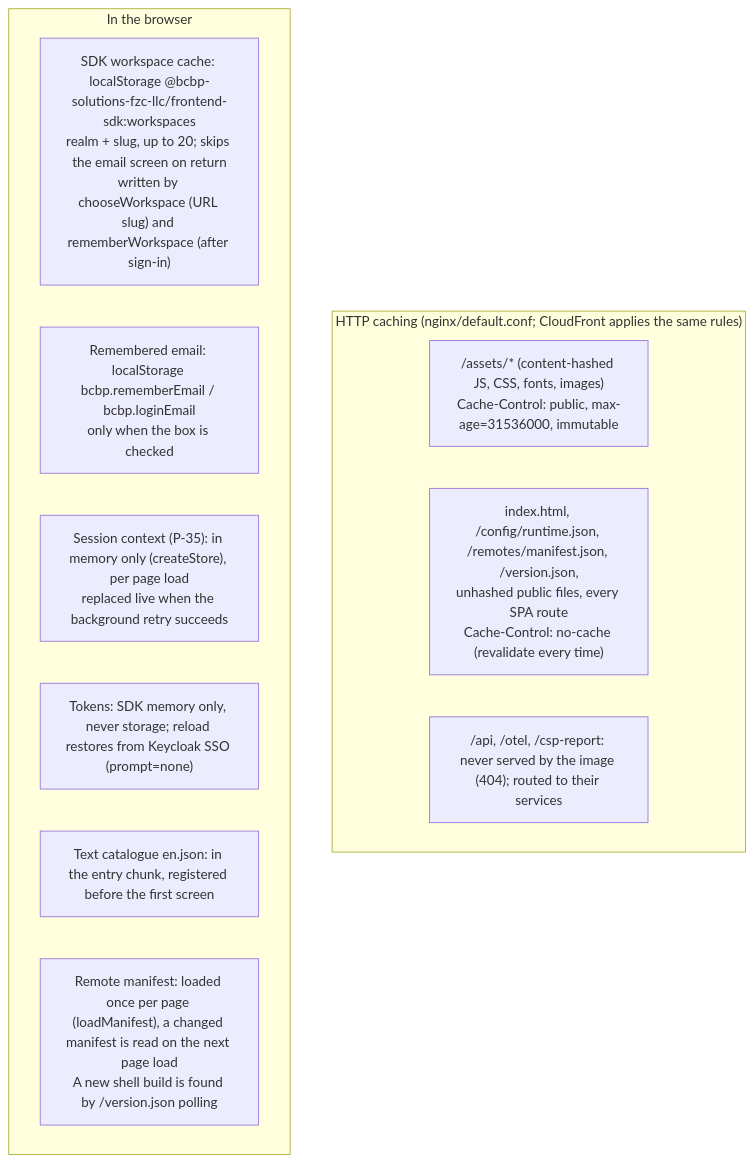
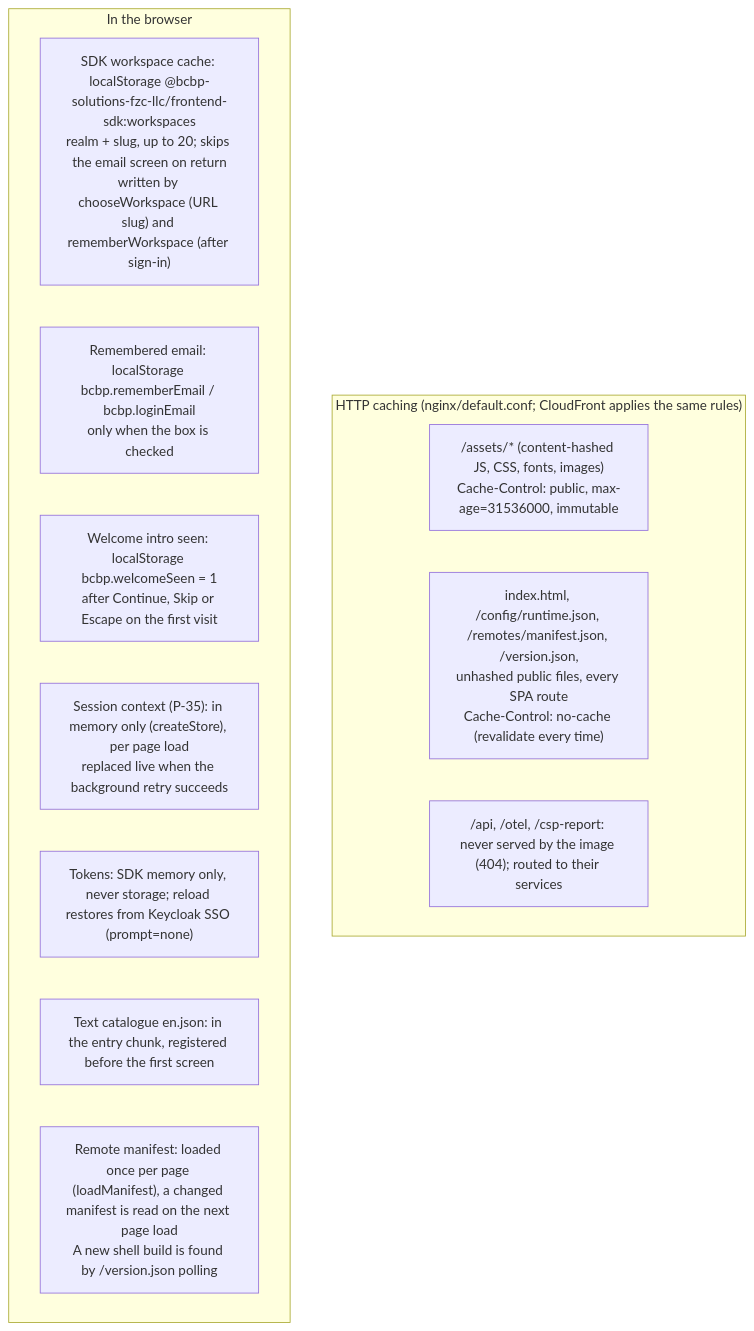
The diagram in docs/architecture/mermaid/cache-strategy.mmd (BCBP-SOLUTIONS-FZC-LLC/web-shell), drawn with Mermaid before and after one commit. The commit also changed 39 other files, not shown here.

Commit message:
Greet a browser's first visit with a cinematic welcome intro before the sign-in form

```diff
--- a/docs/architecture/mermaid/cache-strategy.mmd
+++ b/docs/architecture/mermaid/cache-strategy.mmd
@@ -1,14 +1,15 @@
 flowchart TD
     subgraph http["HTTP caching (nginx/default.conf; CloudFront applies the same rules)"]
         h1["/assets/* (content-hashed JS, CSS, fonts, images)\nCache-Control: public, max-age=31536000, immutable"]
         h2["index.html, /config/runtime.json, /remotes/manifest.json, /version.json,\nunhashed public files, every SPA route\nCache-Control: no-cache (revalidate every time)"]
         h3["/api, /otel, /csp-report: never served by the image (404); routed to their services"]
     end
     subgraph browser["In the browser"]
         b1["SDK workspace cache: localStorage @bcbp-solutions-fzc-llc/frontend-sdk:workspaces\nrealm + slug, up to 20; skips the email screen on return\nwritten by chooseWorkspace (URL slug) and rememberWorkspace (after sign-in)"]
         b2["Remembered email: localStorage bcbp.rememberEmail / bcbp.loginEmail\nonly when the box is checked"]
+        b7["Welcome intro seen: localStorage bcbp.welcomeSeen = 1\nafter Continue, Skip or Escape on the first visit"]
         b3["Session context (P-35): in memory only (createStore), per page load\nreplaced live when the background retry succeeds"]
         b4["Tokens: SDK memory only, never storage; reload restores from Keycloak SSO (prompt=none)"]
         b5["Text catalogue en.json: in the entry chunk, registered before the first screen"]
         b6["Remote manifest: loaded once per page (loadManifest), a changed manifest is read on the next page load\nA new shell build is found by /version.json polling"]
     end
```
